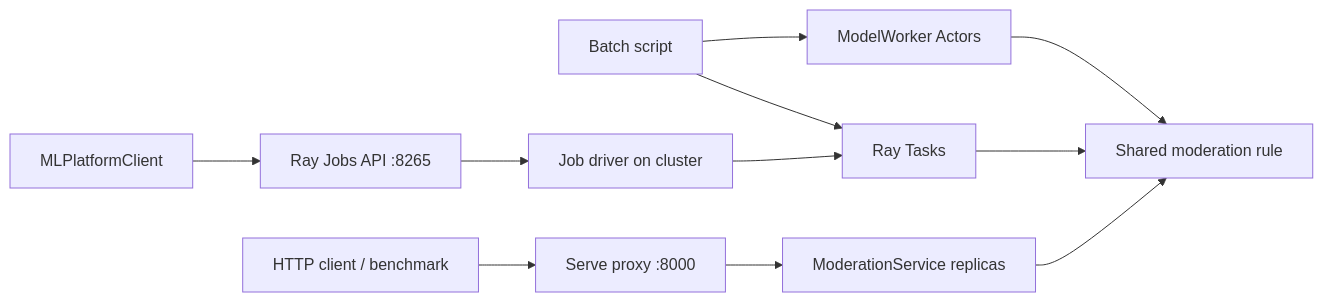
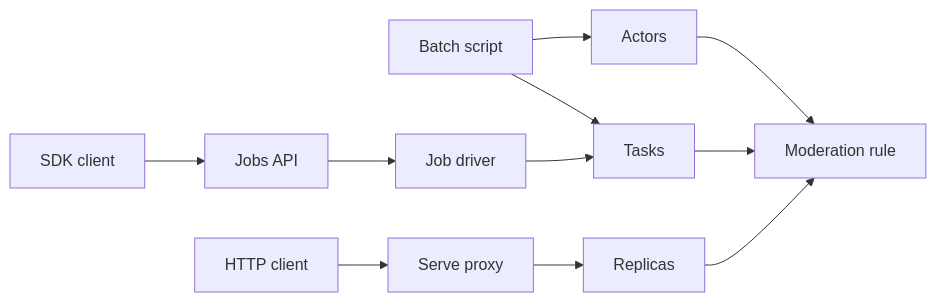
Before and after one commit to Alicia1529/mini-ml-platform: the diagram in README.md, drawn with Mermaid. The commit also changed other lines of this file, not shown here.

Commit message:
Shorten README diagram labels to prevent clipping

````diff
--- a/README.md
+++ b/README.md
@@ -31,13 +31,13 @@
 ```mermaid
 flowchart LR
-    B[Batch script] --> T[Ray Tasks]
-    B --> A[ModelWorker Actors]
-    C[MLPlatformClient] --> J[Ray Jobs API :8265]
-    J --> D[Job driver on cluster]
+    B[Batch script] --> T[Tasks]
+    B --> A[Actors]
+    C[SDK client] --> J[Jobs API]
+    J --> D[Job driver]
     D --> T
-    H[HTTP client / benchmark] --> P[Serve proxy :8000]
-    P --> R[ModerationService replicas]
-    T --> M[Shared moderation rule]
+    H[HTTP client] --> P[Serve proxy]
+    P --> R[Replicas]
+    T --> M[Moderation rule]
     A --> M
     R --> M
 ```
````
